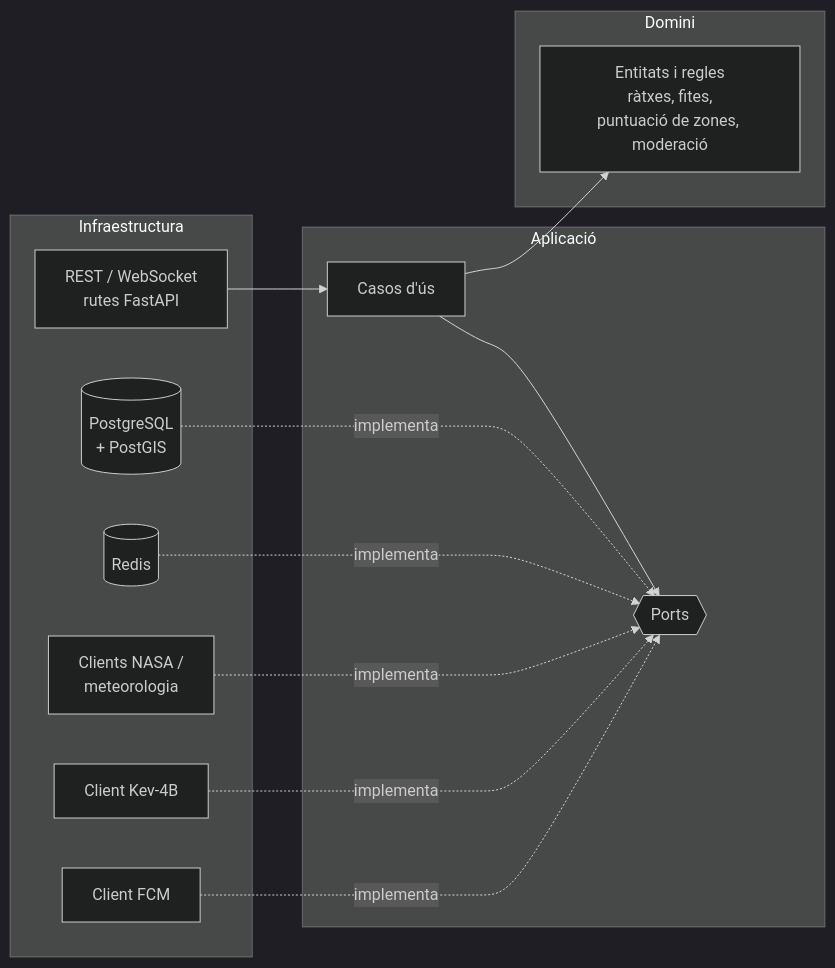
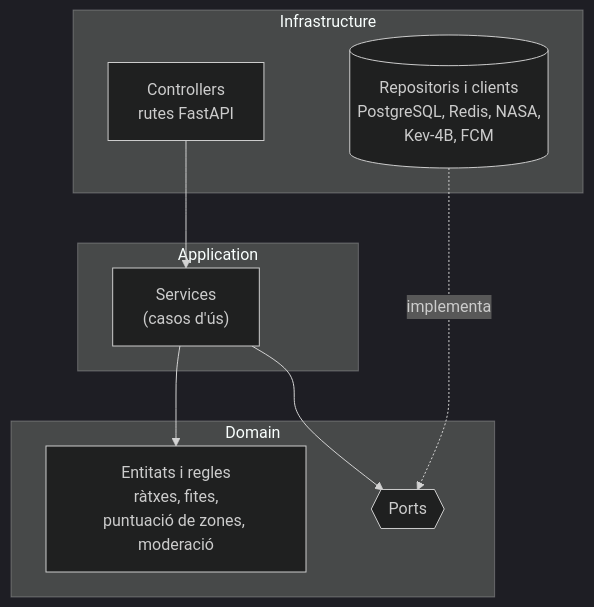
One commit to pes2627q1-21-gei-upc/perseida changed the diagram in backend/README.ca.md. Above: the diagram before and after it, drawn with Mermaid (dark theme). The commit also changed other lines of this file and 2 other files, not shown here.

````diff
--- a/backend/README.ca.md
+++ b/backend/README.ca.md
@@ -37,25 +37,18 @@
 ```mermaid
-flowchart LR
-    subgraph Infraestructura
-        API[REST / WebSocket<br/>rutes FastAPI]
-        DB[(PostgreSQL<br/>+ PostGIS)]
-        RC[(Redis)]
-        EXT[Clients NASA /<br/>meteorologia]
-        MOD[Client Kev-4B]
-        FCM[Client FCM]
+flowchart TB
+    subgraph Infrastructure
+        CTRL[Controllers<br/>rutes FastAPI]
+        REPO[(Repositoris i clients<br/>PostgreSQL, Redis, NASA,<br/>Kev-4B, FCM)]
     end
-    subgraph Aplicació
-        UC[Casos d'ús]
+    subgraph Application
+        SVC["Services<br/>(casos d'ús)"]
+    end
+    subgraph Domain
+        ENT[Entitats i regles<br/>ràtxes, fites,<br/>puntuació de zones, moderació]
         PORTS{{Ports}}
     end
-    subgraph Domini
-        DOM[Entitats i regles<br/>ràtxes, fites,<br/>puntuació de zones, moderació]
-    end
-    API --> UC --> DOM
-    UC --> PORTS
-    DB -.implementa.-> PORTS
-    RC -.implementa.-> PORTS
-    EXT -.implementa.-> PORTS
-    MOD -.implementa.-> PORTS
-    FCM -.implementa.-> PORTS
+    CTRL --> SVC
+    SVC --> ENT
+    SVC --> PORTS
+    REPO -.implementa.-> PORTS
 ```
````
